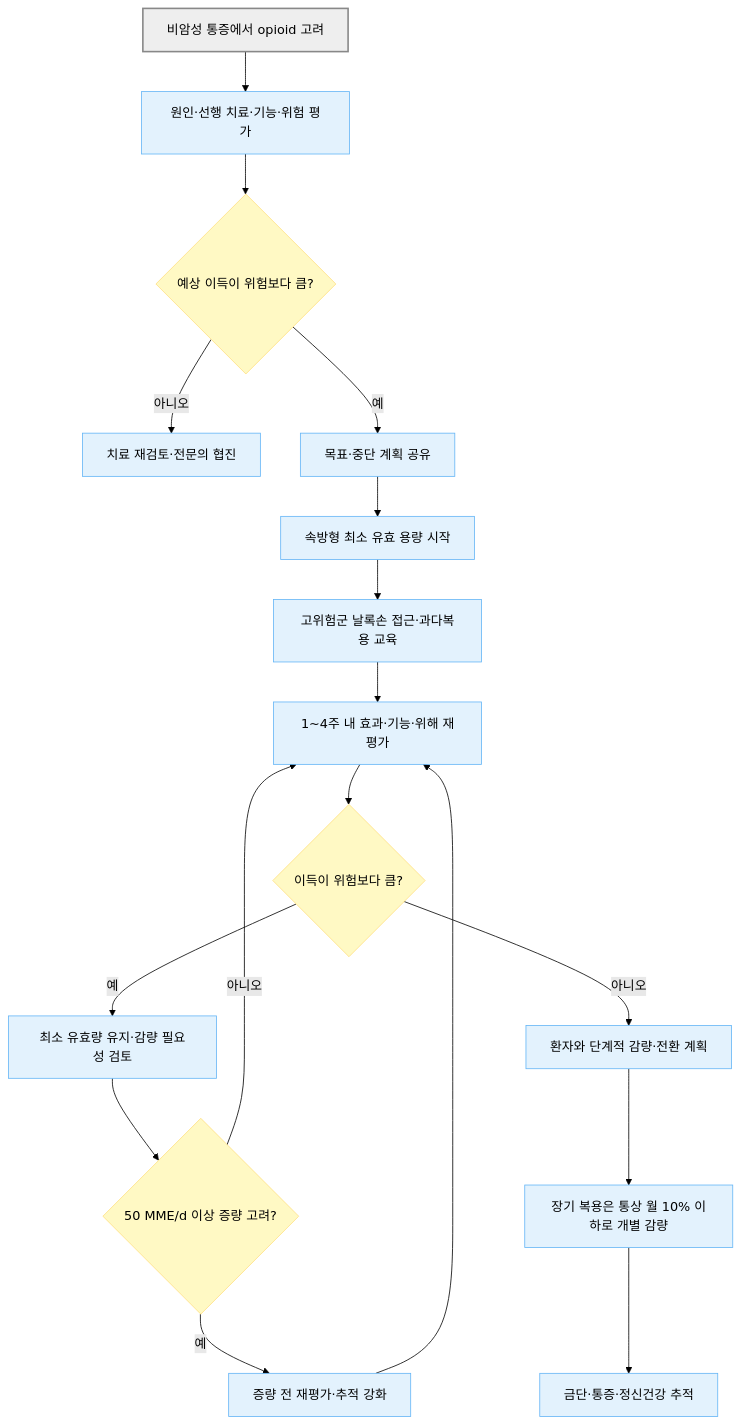
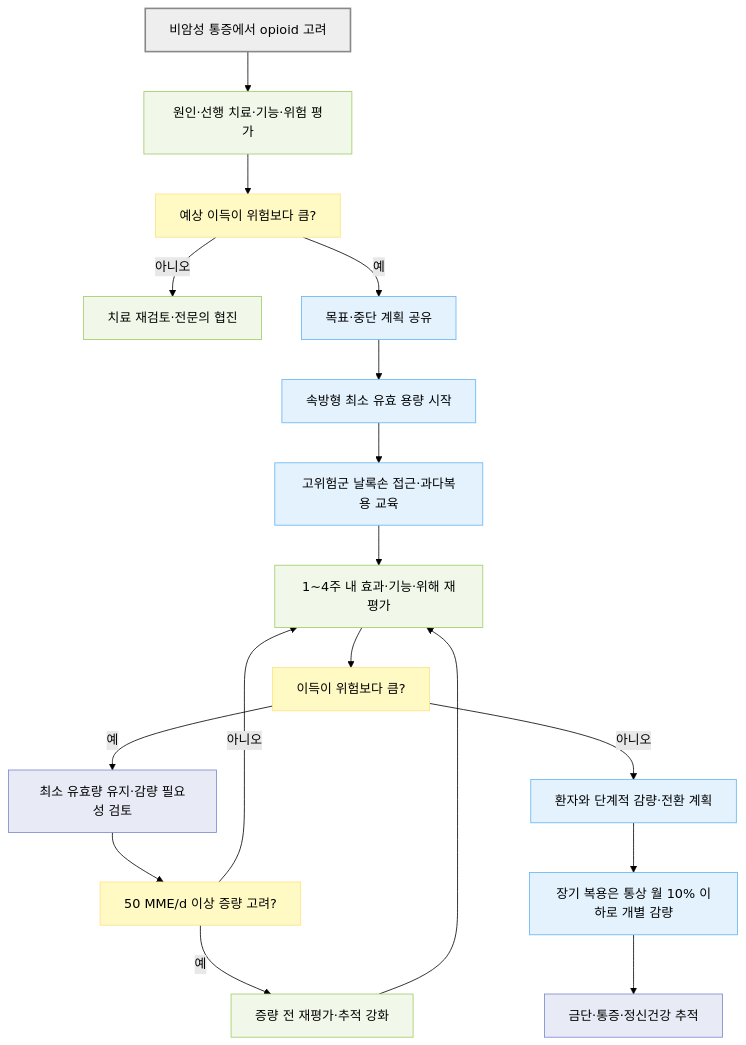
The second of 2 diagrams in 220_/001_-pain.md (familyoh77/familyoh77), drawn with Mermaid (forest theme) before and after one commit. The commit also changed other lines of this file and 13 other files, not shown here.

````diff
--- a/220_/001_-pain.md
+++ b/220_/001_-pain.md
@@ -417,24 +424,30 @@
 ```mermaid
 flowchart TD
     A["비암성 통증에서 opioid 고려"] --> B["원인·선행 치료·기능·위험 평가"]
-    B --> C{"예상 이득이 위험보다 큼?"}
+    B --> C["예상 이득이 위험보다 큼?"]
     C -- "아니오" --> D["치료 재검토·전문의 협진"]
     C -- "예" --> E["목표·중단 계획 공유"]
     E --> F["속방형 최소 유효 용량 시작"]
     F --> G["고위험군 날록손 접근·과다복용 교육"]
     G --> H["1~4주 내 효과·기능·위해 재평가"]
-    H --> I{"이득이 위험보다 큼?"}
+    H --> I["이득이 위험보다 큼?"]
     I -- "예" --> J["최소 유효량 유지·감량 필요성 검토"]
     I -- "아니오" --> K["환자와 단계적 감량·전환 계획"]
-    J --> L{"50 MME/d 이상 증량 고려?"}
+    J --> L["50 MME/d 이상 증량 고려?"]
     L -- "예" --> M["증량 전 재평가·추적 강화"]
     L -- "아니오" --> H
     M --> H
     K --> N["장기 복용은 통상 월 10% 이하로 개별 감량"]
     N --> O["금단·통증·정신건강 추적"]
+
+    classDef start fill:#eeeeee,stroke:#888888,stroke-width:2px
     classDef question fill:#fff9c4,stroke:#ffe082
+    classDef evaluation fill:#f1f8e9,stroke:#9ccc65
     classDef treatment fill:#e3f2fd,stroke:#64b5f6
+    classDef followup fill:#e8eaf6,stroke:#7986cb
+    class A start
     class C,I,L question
-    class B,D,E,F,G,H,J,K,M,N,O treatment
-    style A fill:#eeeeee,stroke:#888888,stroke-width:2px
+    class B,D,H,M evaluation
+    class E,F,G,K,N treatment
+    class J,O followup
 ```
````
